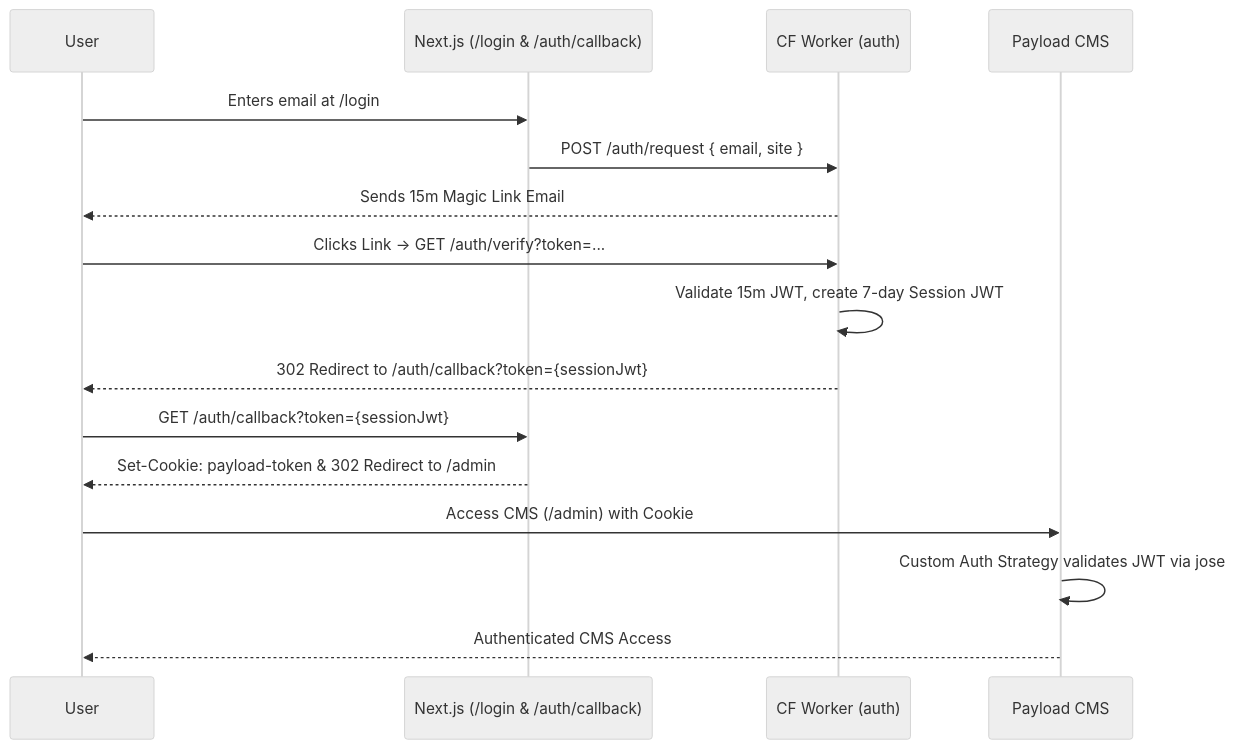
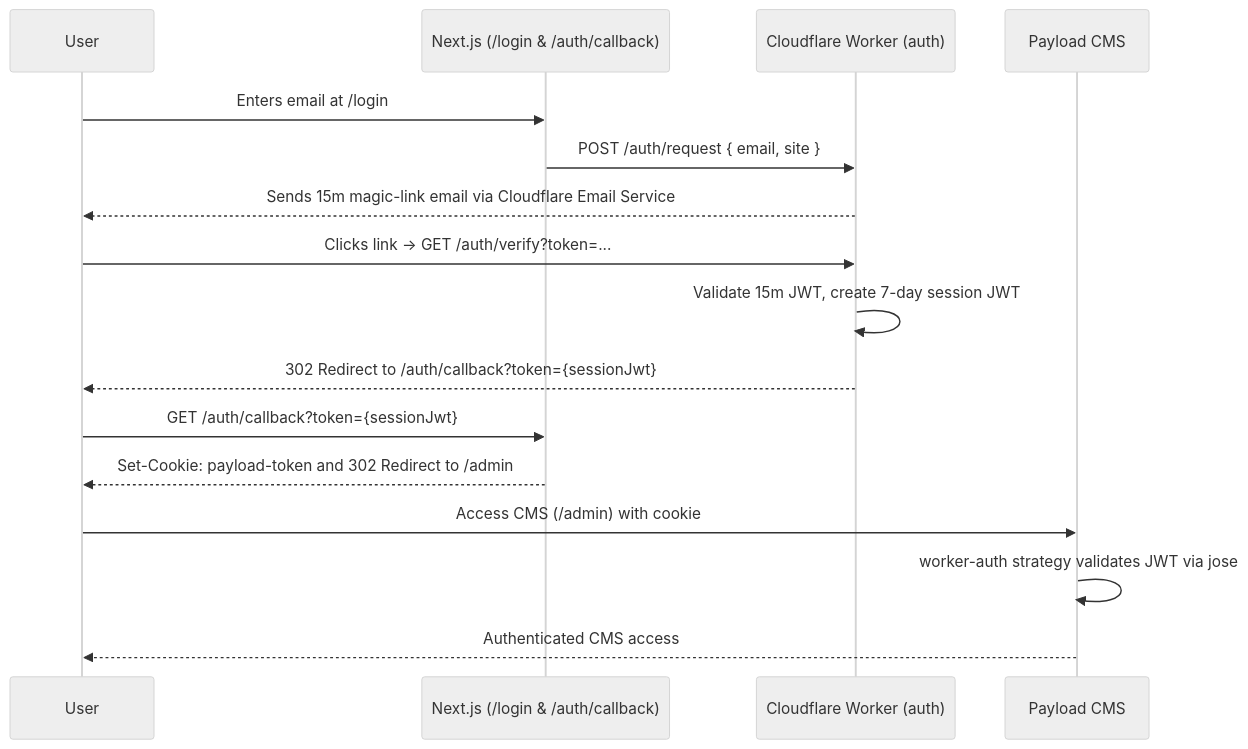
One commit to aniketpatidar/personalwebsite changed the diagram in apps/web-cms/docs/auth-architecture.md. Above: the diagram before and after it, drawn with Mermaid (neutral theme). The commit also changed other lines of this file and 1 other file, not shown here.

````diff
--- a/apps/web-cms/docs/auth-architecture.md
+++ b/apps/web-cms/docs/auth-architecture.md
@@ -23,22 +19,22 @@
 ```mermaid
 sequenceDiagram
     participant User
     participant NextJS as Next.js (/login & /auth/callback)
-    participant Worker as CF Worker (auth)
+    participant Worker as Cloudflare Worker (auth)
     participant Payload as Payload CMS
 
     User->>NextJS: Enters email at /login
     NextJS->>Worker: POST /auth/request { email, site }
-    Worker-->>User: Sends 15m Magic Link Email
-    
-    User->>Worker: Clicks Link -> GET /auth/verify?token=...
-    Worker->>Worker: Validate 15m JWT, create 7-day Session JWT
+    Worker-->>User: Sends 15m magic-link email via Cloudflare Email Service
+
+    User->>Worker: Clicks link -> GET /auth/verify?token=...
+    Worker->>Worker: Validate 15m JWT, create 7-day session JWT
     Worker-->>User: 302 Redirect to /auth/callback?token={sessionJwt}
-    
+
     User->>NextJS: GET /auth/callback?token={sessionJwt}
-    NextJS-->>User: Set-Cookie: payload-token & 302 Redirect to /admin
-    
-    User->>Payload: Access CMS (/admin) with Cookie
-    Payload->>Payload: Custom Auth Strategy validates JWT via jose
-    Payload-->>User: Authenticated CMS Access
+    NextJS-->>User: Set-Cookie: payload-token and 302 Redirect to /admin
+
+    User->>Payload: Access CMS (/admin) with cookie
+    Payload->>Payload: worker-auth strategy validates JWT via jose
+    Payload-->>User: Authenticated CMS access
 ```
````
